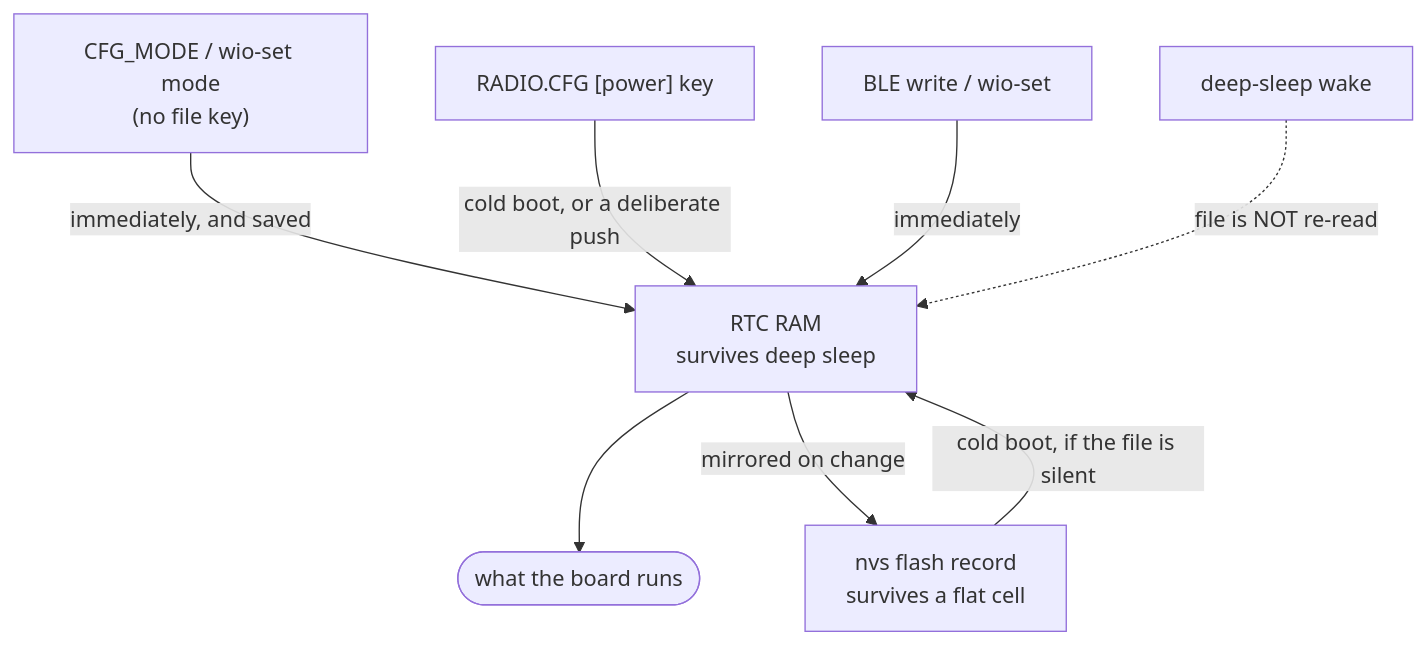
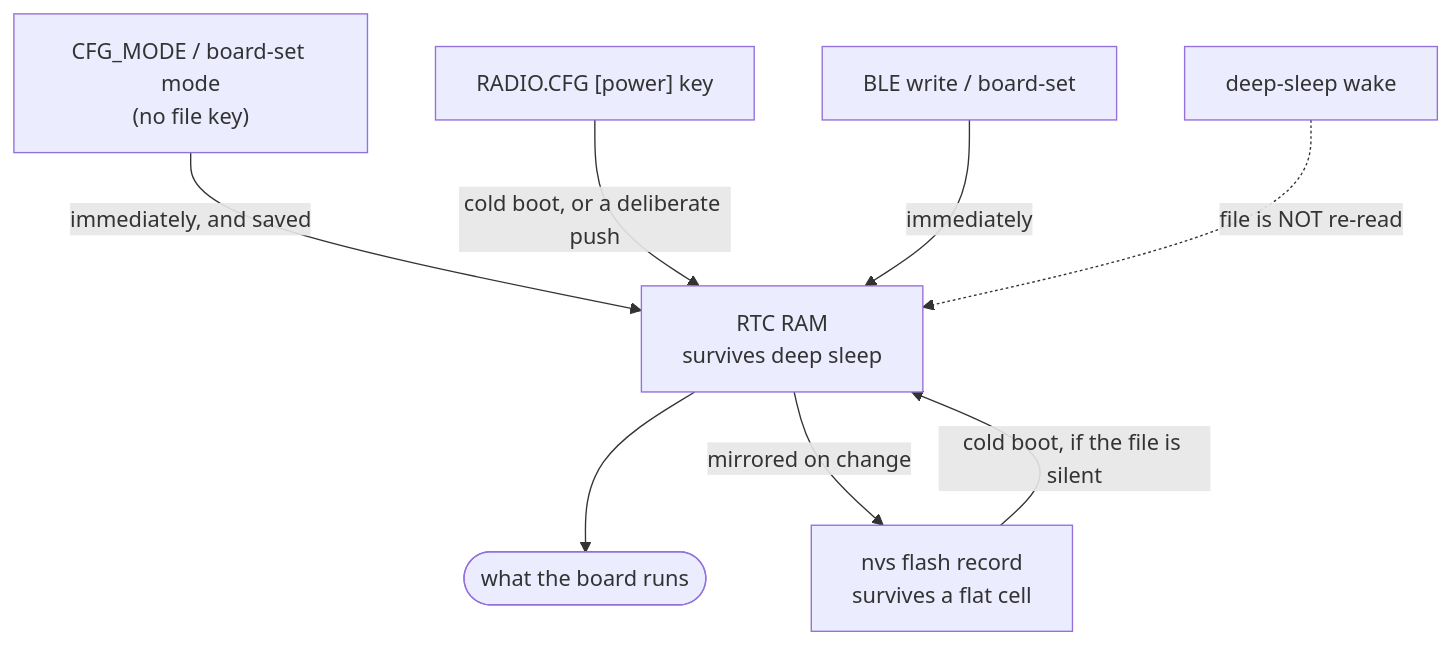
Before and after one commit to Telemety-In-Midair/telemetry-in-midair-rs: the diagram in docs/POWER.md, drawn with Mermaid. The commit also changed other lines of this file and 23 other files, not shown here.

First line of the commit message:
docs: a README that is read, the radio, BLE, hardware and power in docs/, the tools named for the board

````diff
--- a/docs/POWER.md
+++ b/docs/POWER.md
@@ -195,18 +196,18 @@
 ```mermaid
 flowchart TD
-    MODE["CFG_MODE / wio-set mode<br/>(no file key)"]
+    MODE["CFG_MODE / board-set mode<br/>(no file key)"]
     FILE["RADIO.CFG [power] key"]
-    LIVE["BLE write / wio-set"]
+    LIVE["BLE write / board-set"]
     RTC["RTC RAM<br/>survives deep sleep"]
     NVS["nvs flash record<br/>survives a flat cell"]
     RUN(["what the board runs"])
 
     MODE -->|"immediately, and saved"| RTC
     FILE -->|"cold boot, or a deliberate push"| RTC
     LIVE -->|"immediately"| RTC
     RTC --> RUN
     RTC -->|"mirrored on change"| NVS
     NVS -->|"cold boot, if the file is silent"| RTC
 
     WAKE["deep-sleep wake"] -.->|"file is NOT re-read"| RTC
 ```
````
